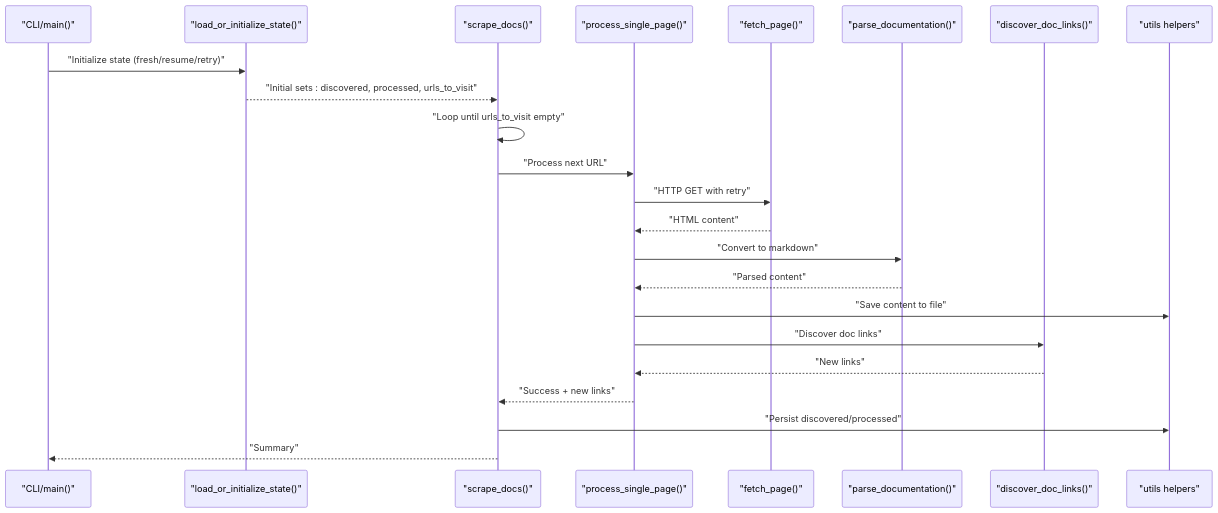
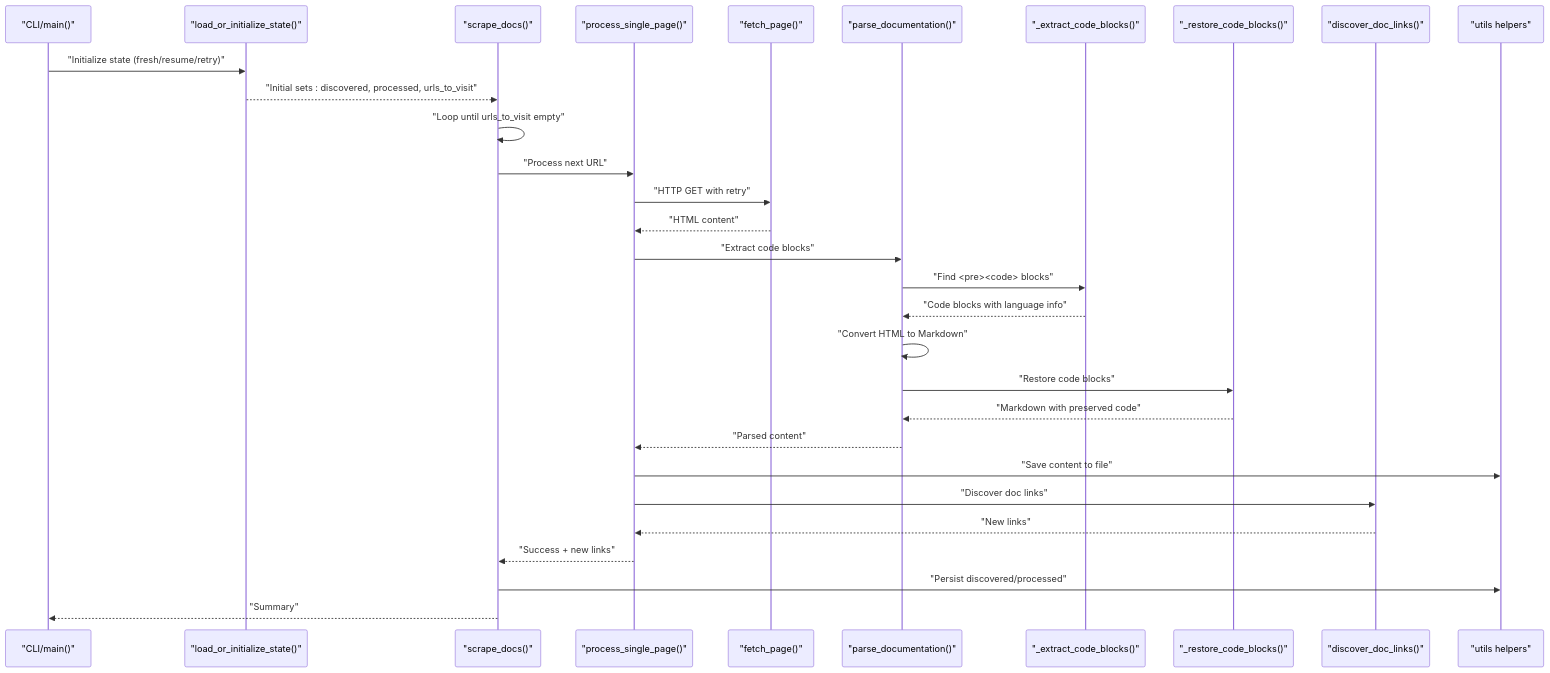
Before and after one commit to cr8ivecodesmith/pico-css-docs: the second of 9 diagrams in .qoder/repowiki/en/content/Core Architecture/Scraping Engine.md, drawn with Mermaid. The commit also changed other lines of this file and 5 other files, not shown here.

````diff
--- a/.qoder/repowiki/en/content/Core Architecture/Scraping Engine.md
+++ b/.qoder/repowiki/en/content/Core Architecture/Scraping Engine.md
@@ -86,25 +105,32 @@
 ```mermaid
 sequenceDiagram
 participant CLI as "CLI/main()"
 participant Loader as "load_or_initialize_state()"
 participant Engine as "scrape_docs()"
 participant Page as "process_single_page()"
 participant Fetch as "fetch_page()"
 participant Parser as "parse_documentation()"
+participant Extract as "_extract_code_blocks()"
+participant Restore as "_restore_code_blocks()"
 participant Disc as "discover_doc_links()"
 participant Utils as "utils helpers"
 CLI->>Loader : "Initialize state (fresh/resume/retry)"
 Loader-->>Engine : "Initial sets : discovered, processed, urls_to_visit"
 Engine->>Engine : "Loop until urls_to_visit empty"
 Engine->>Page : "Process next URL"
 Page->>Fetch : "HTTP GET with retry"
 Fetch-->>Page : "HTML content"
-Page->>Parser : "Convert to markdown"
+Page->>Parser : "Extract code blocks"
+Parser->>Extract : "Find <pre><code> blocks"
+Extract-->>Parser : "Code blocks with language info"
+Parser->>Parser : "Convert HTML to Markdown"
+Parser->>Restore : "Restore code blocks"
+Restore-->>Parser : "Markdown with preserved code"
 Parser-->>Page : "Parsed content"
 Page->>Utils : "Save content to file"
 Page->>Disc : "Discover doc links"
 Disc-->>Page : "New links"
 Page-->>Engine : "Success + new links"
 Engine->>Utils : "Persist discovered/processed"
 Engine-->>CLI : "Summary"
 ```
````
